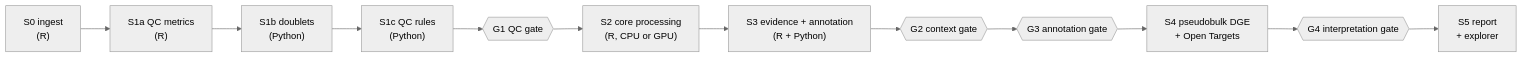
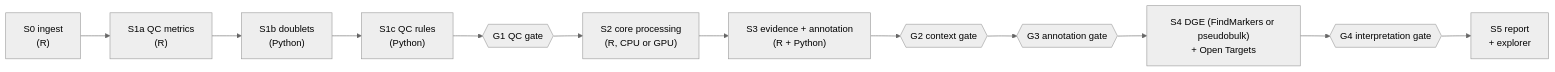
The first of 2 diagrams in docs/PIPELINE.md (ad2n15/singlecell-container), drawn with Mermaid (neutral theme) before and after one commit. The commit also changed other lines of this file and 20 other files, not shown here.

First line of the commit message:
S4: FindMarkers (MAST) by default, comparisons on any column, pseudobulk optional

````diff
--- a/docs/PIPELINE.md
+++ b/docs/PIPELINE.md
@@ -31,7 +31,7 @@
 ```mermaid
 flowchart LR
   S0["S0 ingest<br/>(R)"] --> S1a["S1a QC metrics<br/>(R)"] --> S1b["S1b doublets<br/>(Python)"] --> S1c["S1c QC rules<br/>(Python)"]
   S1c --> G1{{"G1 QC gate"}} --> S2["S2 core processing<br/>(R, CPU or GPU)"]
   S2 --> S3["S3 evidence + annotation<br/>(R + Python)"] --> G2{{"G2 context gate"}} --> G3{{"G3 annotation gate"}}
-  G3 --> S4["S4 pseudobulk DGE<br/>+ Open Targets"] --> G4{{"G4 interpretation gate"}} --> S5["S5 report<br/>+ explorer"]
+  G3 --> S4["S4 DGE (FindMarkers or pseudobulk)<br/>+ Open Targets"] --> G4{{"G4 interpretation gate"}} --> S5["S5 report<br/>+ explorer"]
 ```
````
